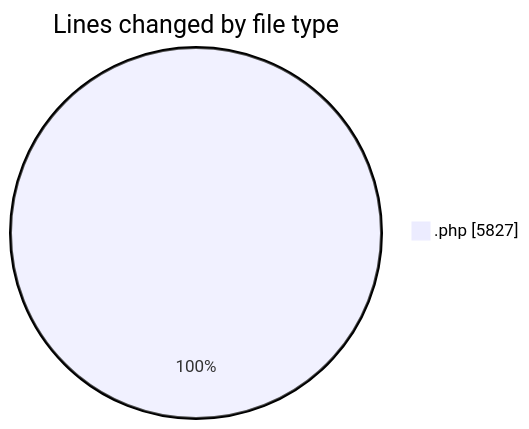
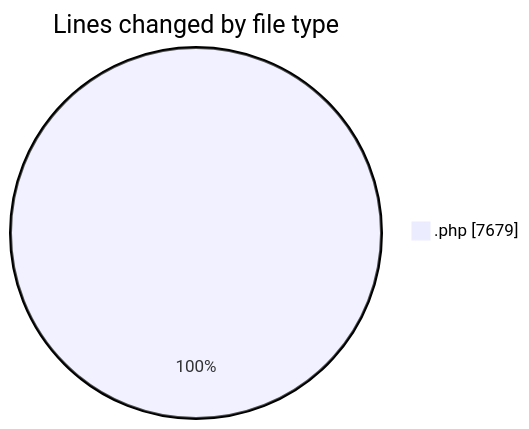
The first of 2 diagrams in 2025-04-10/zeytoon/README.md (vahidmafi/code-tracking), drawn with Mermaid before and after one commit. The commit also changed other lines of this file and 1 other file, not shown here.

````diff
--- a/2025-04-10/zeytoon/README.md
+++ b/2025-04-10/zeytoon/README.md
@@ -25,5 +29,5 @@
 ```mermaid
 pie showData
 title Lines changed by file type
-".php" : 5827
+".php" : 7679
 ```
````
